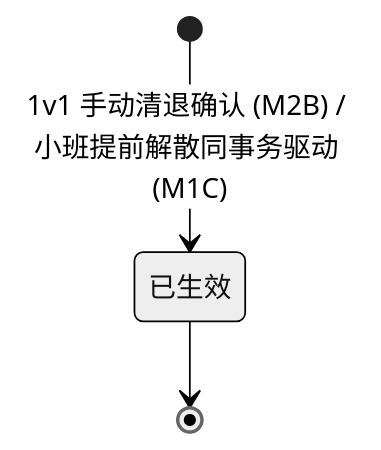
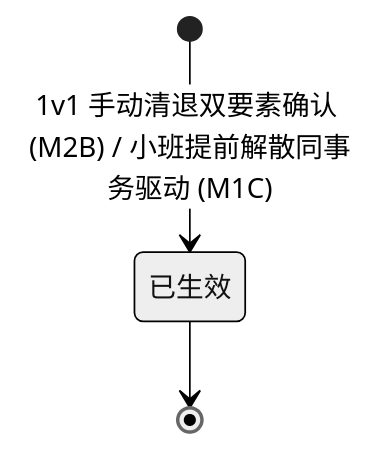
The first of 2 diagrams in docs/prd/m2b_refund_orders.md (Onezao/dream), drawn with Mermaid (neutral theme) before and after one commit. The commit also changed other lines of this file and 34 other files, not shown here.

````diff
--- a/docs/prd/m2b_refund_orders.md
+++ b/docs/prd/m2b_refund_orders.md
@@ -62,5 +65,5 @@
 ```mermaid
 stateDiagram-v2
-    [*] --> 已生效: 1v1 手动清退确认 (M2B) / 小班提前解散同事务驱动 (M1C)
+    [*] --> 已生效: 1v1 手动清退双要素确认 (M2B) / 小班提前解散同事务驱动 (M1C)
     已生效 --> [*]
 ```
````
